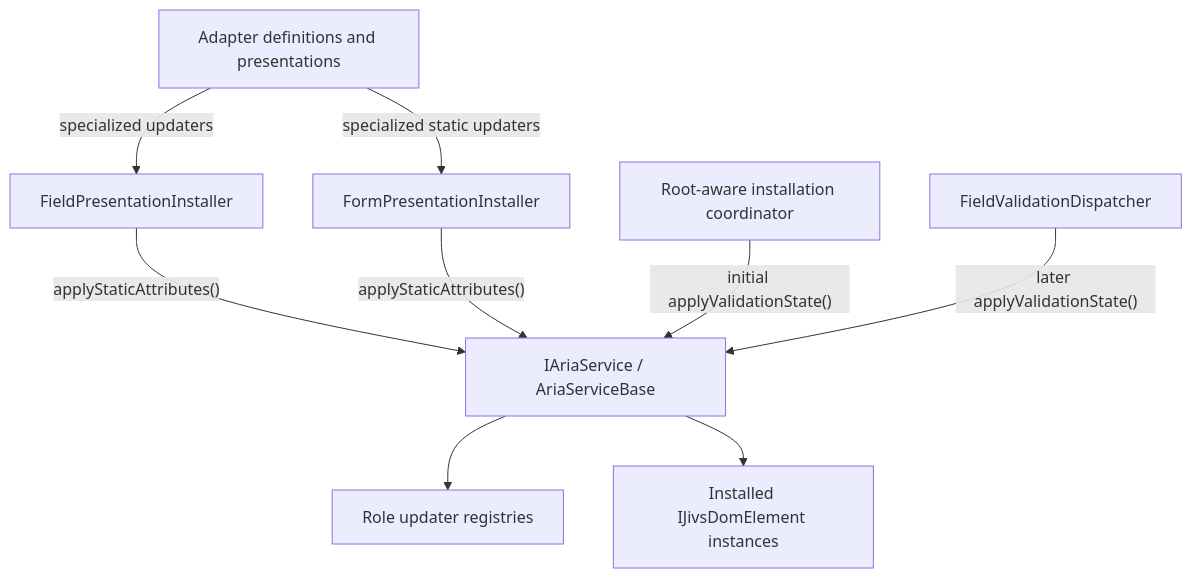
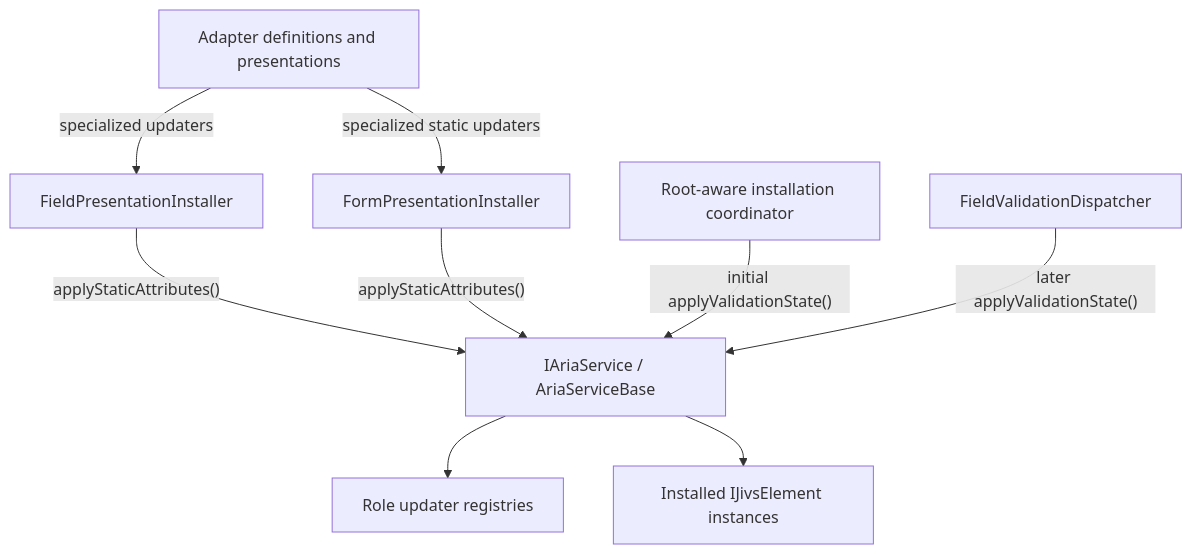
One commit to plblum/jivs changed the diagram in planning/Aria Design.md. Above: the diagram before and after it, drawn with Mermaid. The commit also changed other lines of this file and 97 other files, not shown here.

Commit message:
Refactoring to rename anchor and IJivsDomElement to jivsElement

````diff
--- a/planning/Aria Design.md
+++ b/planning/Aria Design.md
@@ -39,20 +39,20 @@
 ```mermaid
 flowchart TB
     Providers["Adapter definitions and presentations"]
     FieldInstaller["FieldPresentationInstaller"]
     FormInstaller["FormPresentationInstaller"]
     Coordinator["Root-aware installation coordinator"]
     Dispatcher["FieldValidationDispatcher"]
     Service["IAriaService / AriaServiceBase"]
     Registry["Role updater registries"]
-    Elements["Installed IJivsDomElement instances"]
+    Elements["Installed IJivsElement instances"]
 
     Providers -->|"specialized updaters"| FieldInstaller
     Providers -->|"specialized static updaters"| FormInstaller
     FieldInstaller -->|"applyStaticAttributes()"| Service
     FormInstaller -->|"applyStaticAttributes()"| Service
     Coordinator -->|"initial applyValidationState()"| Service
     Dispatcher -->|"later applyValidationState()"| Service
     Service --> Registry
     Service --> Elements
 ```
````
